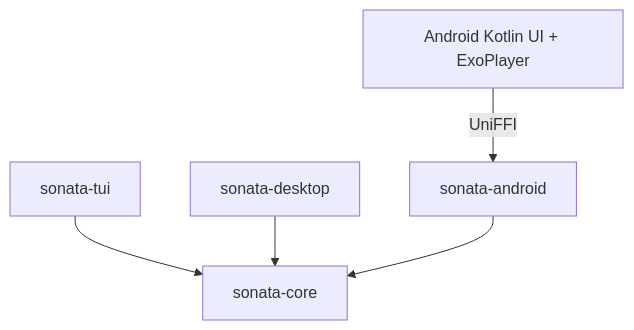
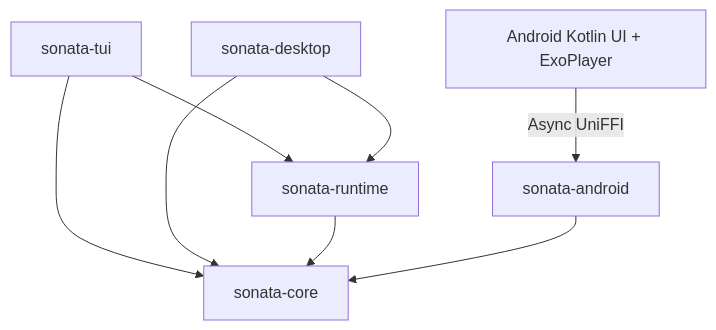
One commit to MehmetCanWT/sonata changed the first of 2 diagrams in docs/architecture.md. Above: the diagram before and after it, drawn with Mermaid. The commit also changed other lines of this file and 172 other files, not shown here.

````diff
--- a/docs/architecture.md
+++ b/docs/architecture.md
@@ -19,7 +20,10 @@
 ```mermaid
 flowchart TD
-    TUI[sonata-tui] --> CORE[sonata-core]
-    DESK[sonata-desktop] --> CORE
-    ANDAPP[Android Kotlin UI + ExoPlayer] -->|UniFFI| ANDFFI[sonata-android]
+    TUI[sonata-tui] --> RT[sonata-runtime]
+    TUI --> CORE[sonata-core]
+    DESK[sonata-desktop] --> RT
+    DESK --> CORE
+    RT --> CORE
+    ANDAPP[Android Kotlin UI + ExoPlayer] -->|Async UniFFI| ANDFFI[sonata-android]
     ANDFFI --> CORE
 ```
````
